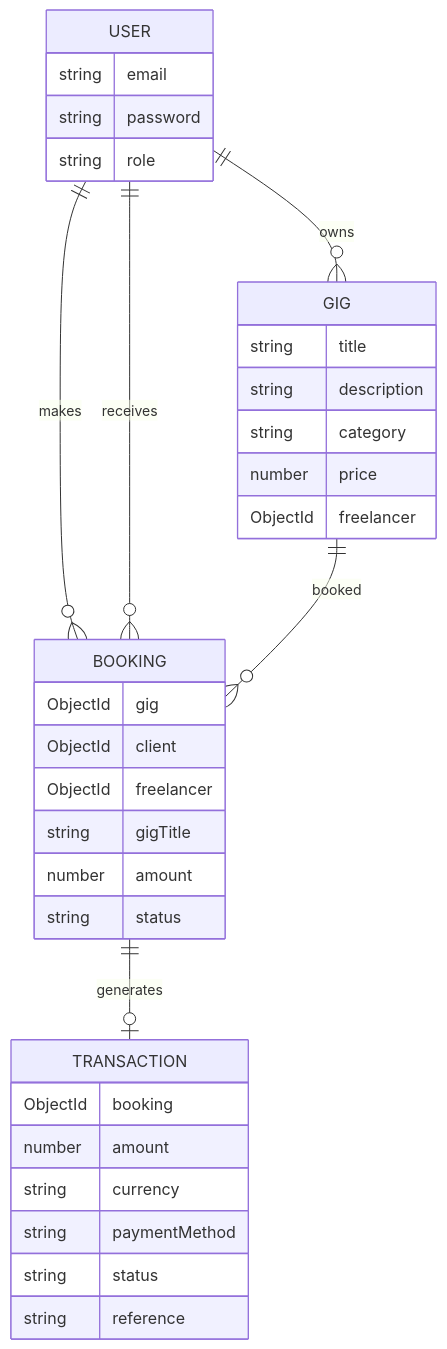
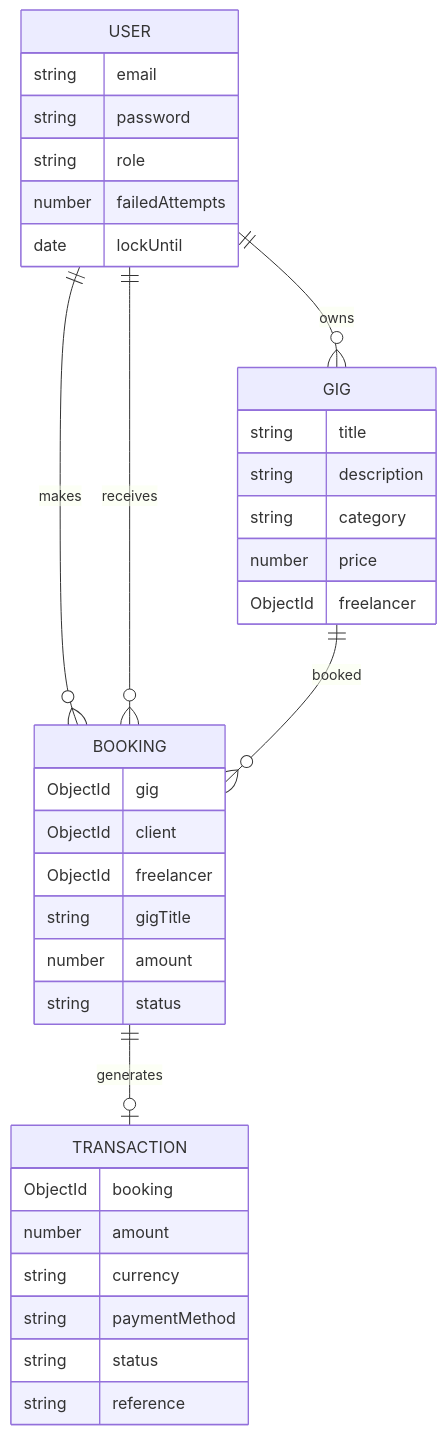
Before and after one commit to Pumpkin280205/HustleHub-: the second of 2 diagrams in README.md, drawn with Mermaid. The commit also changed other lines of this file, not shown here.

````diff
--- a/README.md
+++ b/README.md
@@ -229,37 +237,39 @@
 ``` mermaid
 erDiagram
     USER ||--o{ GIG : owns
     USER ||--o{ BOOKING : makes
     USER ||--o{ BOOKING : receives
     GIG ||--o{ BOOKING : booked
     BOOKING ||--o| TRANSACTION : generates
 
     USER {
         string email
         string password
         string role
+        number failedAttempts
+        date lockUntil
     }
     GIG {
         string title
         string description
         string category
         number price
         ObjectId freelancer
     }
     BOOKING {
         ObjectId gig
         ObjectId client
         ObjectId freelancer
         string gigTitle
         number amount
         string status
     }
     TRANSACTION {
         ObjectId booking
         number amount
         string currency
         string paymentMethod
         string status
         string reference
     }
 ```
````
